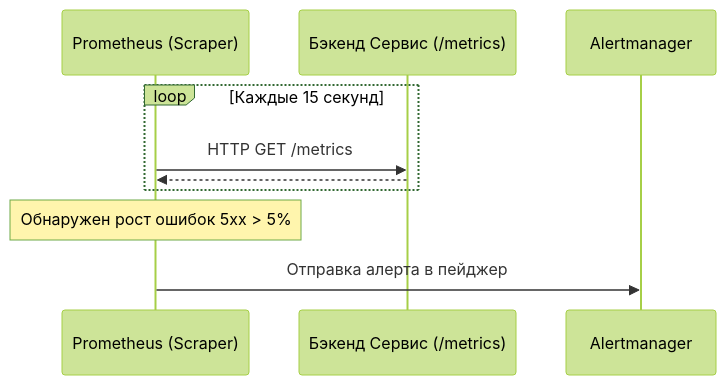
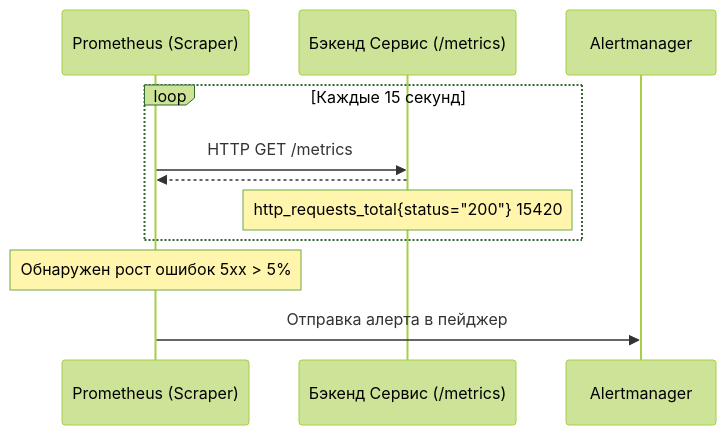
The second of 2 diagrams in packages/content/themes/10-nablyudaemost/monitoring.md (Groghrus/fullstack-core), drawn with Mermaid (forest theme) before and after one commit. The commit also changed 32 other files, not shown here.

````diff
--- a/packages/content/themes/10-nablyudaemost/monitoring.md
+++ b/packages/content/themes/10-nablyudaemost/monitoring.md
@@ -33,12 +33,13 @@
 ```mermaid
 sequenceDiagram
     participant Mon as Prometheus (Scraper)
     participant App as Бэкенд Сервис (/metrics)
     participant Alert as Alertmanager
     loop Каждые 15 секунд
         Mon->>App: HTTP GET /metrics
-        App-->>Mon: # TYPE http_requests_total counter<br/>http_requests_total{status="200"} 15420
+        App-->>Mon: # TYPE http_requests_total counter
+        Note over App: http_requests_total{status="200"} 15420
     end
     Note over Mon: Обнаружен рост ошибок 5xx > 5%
     Mon->>Alert: Отправка алерта в пейджер
 ```
````
